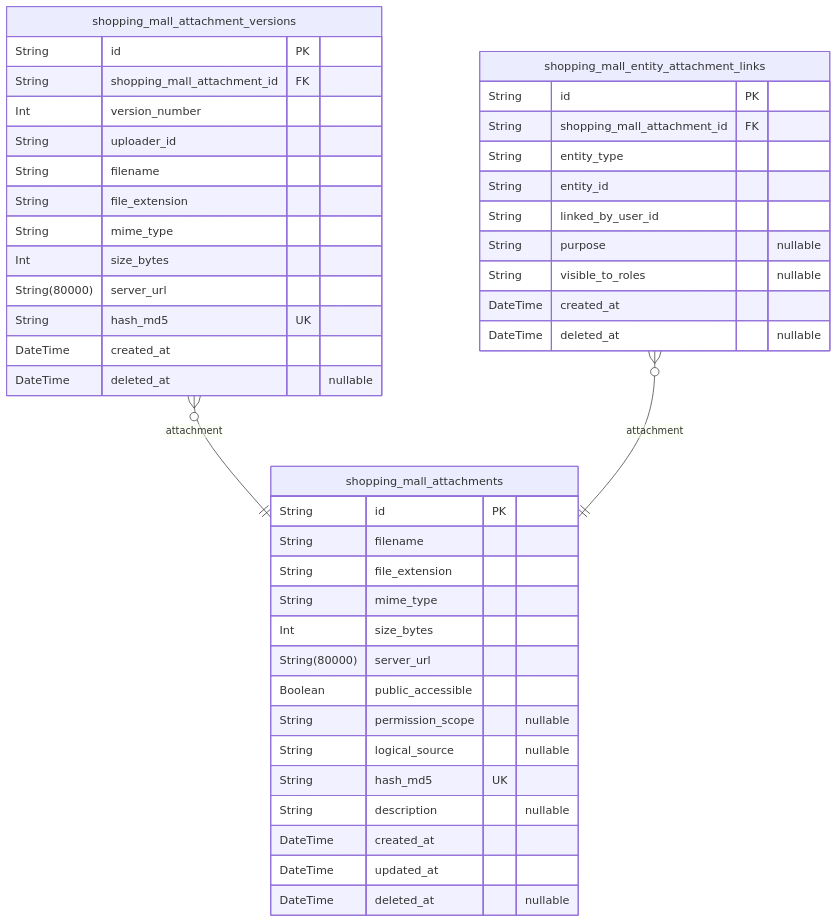
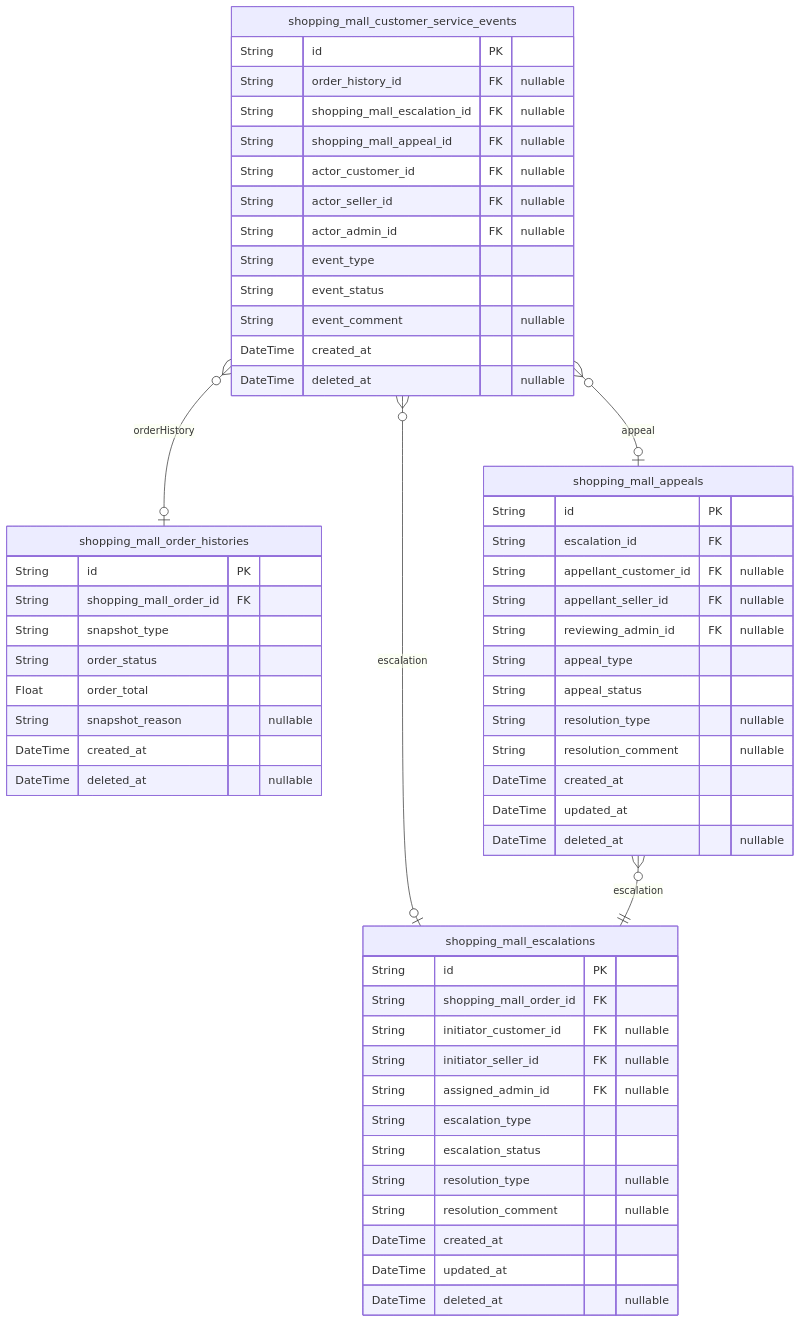
Before and after one commit to wrtnlabs/autobe-example-shopping-openai-gpt-4.1: the seventh of 9 diagrams in docs/ERD.md, drawn with Mermaid. The commit also changed other lines of this file and 1867 other files, not shown here.

````diff
--- a/docs/ERD.md
+++ b/docs/ERD.md
@@ -2438,46 +1395,59 @@
 ```mermaid
 erDiagram
-"shopping_mall_attachments" {
+"shopping_mall_order_histories" {
   String id PK
-  String filename
-  String file_extension
-  String mime_type
-  Int size_bytes
-  String(80000) server_url
-  Boolean public_accessible
-  String permission_scope "nullable"
-  String logical_source "nullable"
-  String hash_md5 UK
-  String description "nullable"
+  String shopping_mall_order_id FK
+  String snapshot_type
+  String order_status
+  Float order_total
+  String snapshot_reason "nullable"
+  DateTime created_at
+  DateTime deleted_at "nullable"
+}
+"shopping_mall_customer_service_events" {
+  String id PK
+  String order_history_id FK "nullable"
+  String shopping_mall_escalation_id FK "nullable"
+  String shopping_mall_appeal_id FK "nullable"
+  String actor_customer_id FK "nullable"
+  String actor_seller_id FK "nullable"
+  String actor_admin_id FK "nullable"
+  String event_type
+  String event_status
+  String event_comment "nullable"
+  DateTime created_at
+  DateTime deleted_at "nullable"
+}
+"shopping_mall_escalations" {
+  String id PK
+  String shopping_mall_order_id FK
+  String initiator_customer_id FK "nullable"
+  String initiator_seller_id FK "nullable"
+  String assigned_admin_id FK "nullable"
+  String escalation_type
+  String escalation_status
+  String resolution_type "nullable"
+  String resolution_comment "nullable"
   DateTime created_at
   DateTime updated_at
   DateTime deleted_at "nullable"
 }
-"shopping_mall_attachment_versions" {
+"shopping_mall_appeals" {
   String id PK
-  String shopping_mall_attachment_id FK
-  Int version_number
-  String uploader_id
-  String filename
-  String file_extension
-  String mime_type
-  Int size_bytes
-  String(80000) server_url
-  String hash_md5 UK
+  String escalation_id FK
+  String appellant_customer_id FK "nullable"
+  String appellant_seller_id FK "nullable"
+  String reviewing_admin_id FK "nullable"
+  String appeal_type
+  String appeal_status
+  String resolution_type "nullable"
+  String resolution_comment "nullable"
   DateTime created_at
+  DateTime updated_at
   DateTime deleted_at "nullable"
 }
-"shopping_mall_entity_attachment_links" {
-  String id PK
-  String shopping_mall_attachment_id FK
-  String entity_type
-  String entity_id
-  String linked_by_user_id
-  String purpose "nullable"
-  String visible_to_roles "nullable"
-  DateTime created_at
-  DateTime deleted_at "nullable"
-}
-"shopping_mall_attachment_versions" }o--|| "shopping_mall_attachments" : attachment
-"shopping_mall_entity_attachment_links" }o--|| "shopping_mall_attachments" : attachment
+"shopping_mall_customer_service_events" }o--o| "shopping_mall_order_histories" : orderHistory
+"shopping_mall_customer_service_events" }o--o| "shopping_mall_escalations" : escalation
+"shopping_mall_customer_service_events" }o--o| "shopping_mall_appeals" : appeal
+"shopping_mall_appeals" }o--|| "shopping_mall_escalations" : escalation
 ```
````
